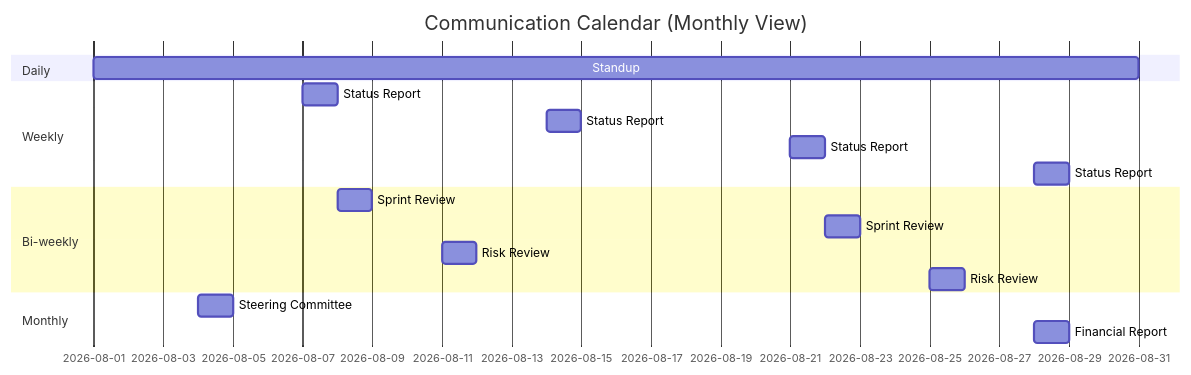
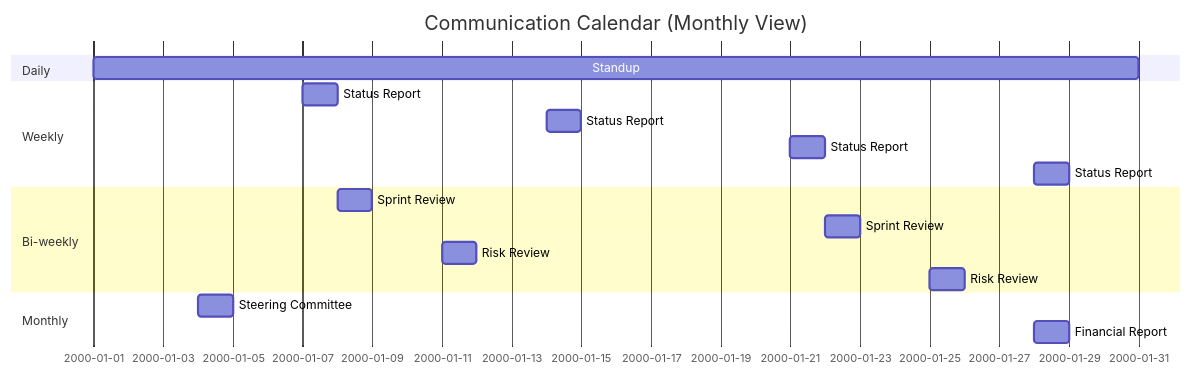
The diagram in document-template/05_Project_Management_Planning/Communications-Management-Plan.md (oat431/swe-knowledge), drawn with Mermaid before and after one commit. The commit also changed 56 other files, not shown here.

````diff
--- a/document-template/05_Project_Management_Planning/Communications-Management-Plan.md
+++ b/document-template/05_Project_Management_Planning/Communications-Management-Plan.md
@@ -129,20 +129,21 @@
 ```mermaid
 gantt
     title Communication Calendar (Monthly View)
     dateFormat YYYY-MM-DD
+    %% Placeholder schedule: base 2000-01-01 = project start; recompute real dates when instantiating
     section Daily
-    Standup                :a1, 2026-08-01, 30d
+    Standup                :a1, 2000-01-01, 30d
     section Weekly
-    Status Report          :b1, 2026-08-07, 1d
-    Status Report          :b2, 2026-08-14, 1d
-    Status Report          :b3, 2026-08-21, 1d
-    Status Report          :b4, 2026-08-28, 1d
+    Status Report          :b1, 2000-01-07, 1d
+    Status Report          :b2, 2000-01-14, 1d
+    Status Report          :b3, 2000-01-21, 1d
+    Status Report          :b4, 2000-01-28, 1d
     section Bi-weekly
-    Sprint Review          :c1, 2026-08-08, 1d
-    Sprint Review          :c2, 2026-08-22, 1d
-    Risk Review            :d1, 2026-08-11, 1d
-    Risk Review            :d2, 2026-08-25, 1d
+    Sprint Review          :c1, 2000-01-08, 1d
+    Sprint Review          :c2, 2000-01-22, 1d
+    Risk Review            :d1, 2000-01-11, 1d
+    Risk Review            :d2, 2000-01-25, 1d
     section Monthly
-    Steering Committee     :e1, 2026-08-04, 1d
-    Financial Report       :e2, 2026-08-28, 1d
+    Steering Committee     :e1, 2000-01-04, 1d
+    Financial Report       :e2, 2000-01-28, 1d
 ```
````
